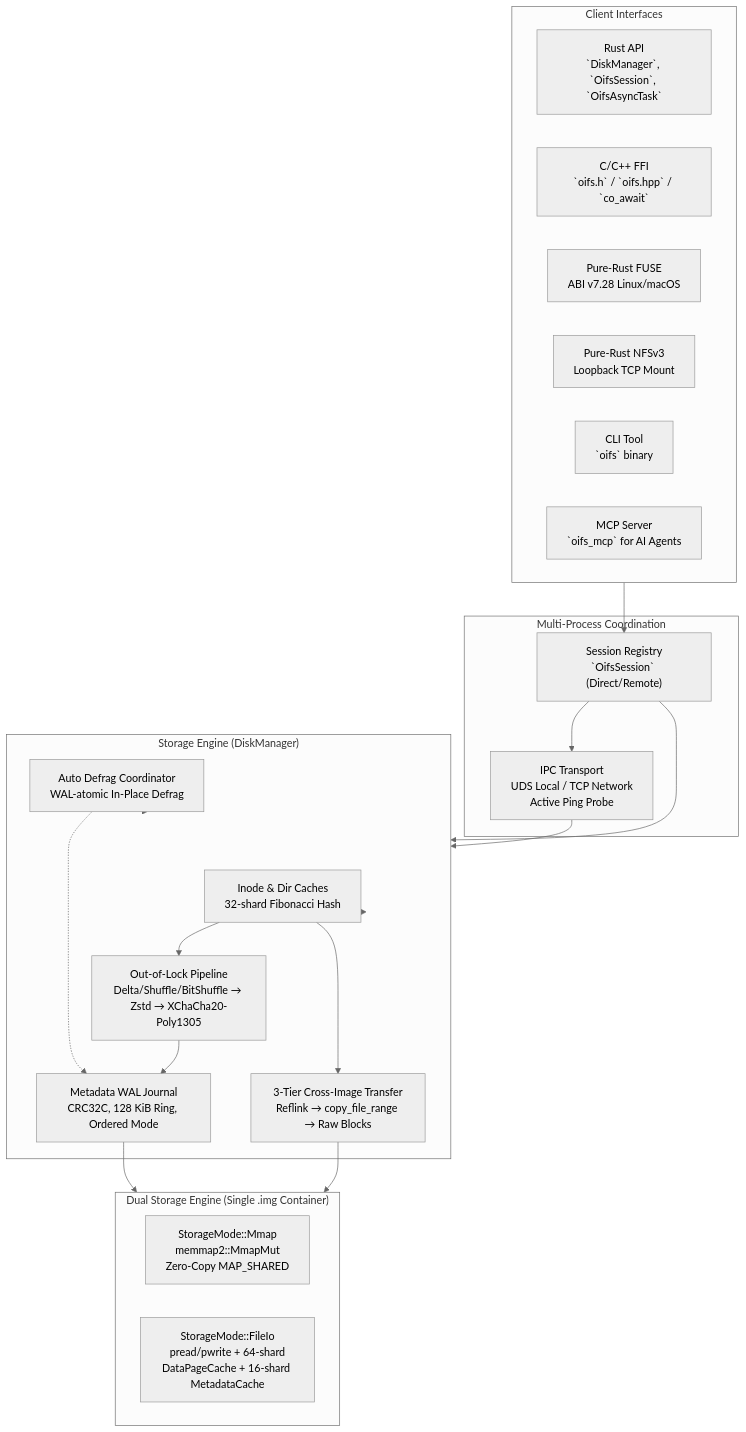
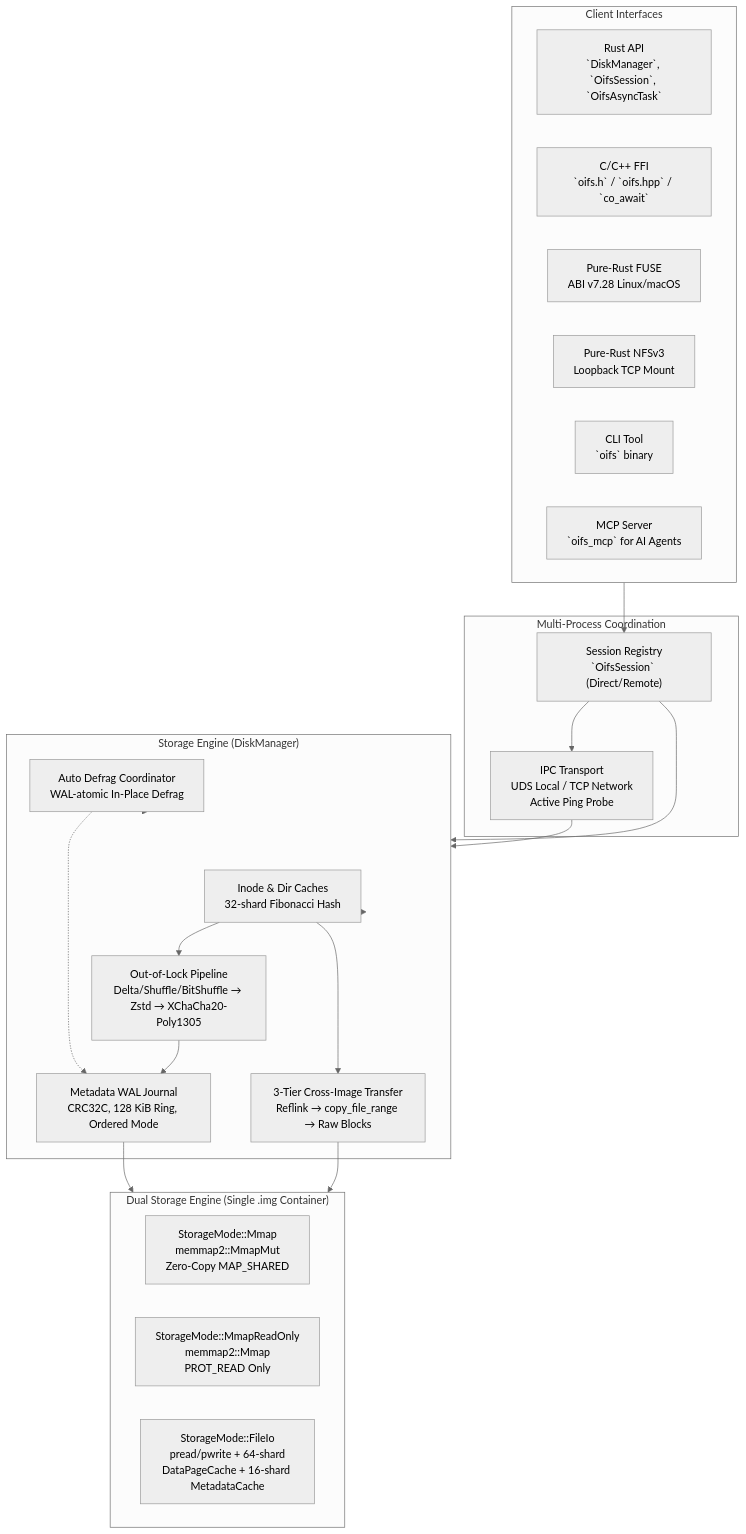
Before and after one commit to ych/oifs: the first of 4 diagrams in openwiki/architecture/overview.md, drawn with Mermaid (neutral theme). The commit also changed other lines of this file and 55 other files, not shown here.

````diff
--- a/openwiki/architecture/overview.md
+++ b/openwiki/architecture/overview.md
@@ -46,42 +46,43 @@
 ```mermaid
 flowchart TB
     subgraph Clients["Client Interfaces"]
         RustAPI["Rust API<br/>`DiskManager`, `OifsSession`, `OifsAsyncTask`"]
         CFFI["C/C++ FFI<br/>`oifs.h` / `oifs.hpp` / `co_await`"]
         FUSE["Pure-Rust FUSE<br/>ABI v7.28 Linux/macOS"]
         NFS["Pure-Rust NFSv3<br/>Loopback TCP Mount"]
         CLI["CLI Tool<br/>`oifs` binary"]
         MCP["MCP Server<br/>`oifs_mcp` for AI Agents"]
     end
 
     subgraph Coordination["Multi-Process Coordination"]
         Session["Session Registry<br/>`OifsSession` (Direct/Remote)"]
         IPC["IPC Transport<br/>UDS Local / TCP Network<br/>Active Ping Probe"]
     end
 
     subgraph Engine["Storage Engine (DiskManager)"]
         Cache["Inode & Dir Caches<br/>32-shard Fibonacci Hash"]
         Pipeline["Out-of-Lock Pipeline<br/>Delta/Shuffle/BitShuffle → Zstd → XChaCha20-Poly1305"]
         Transfer["3-Tier Cross-Image Transfer<br/>Reflink → copy_file_range → Raw Blocks"]
         WAL["Metadata WAL Journal<br/>CRC32C, 128 KiB Ring, Ordered Mode"]
         Defrag["Auto Defrag Coordinator<br/>WAL-atomic In-Place Defrag"]
     end
 
     subgraph Storage["Dual Storage Engine (Single .img Container)"]
         Mmap["StorageMode::Mmap<br/>memmap2::MmapMut<br/>Zero-Copy MAP_SHARED"]
+        MmapRO["StorageMode::MmapReadOnly<br/>memmap2::Mmap<br/>PROT_READ Only"]
         FileIo["StorageMode::FileIo<br/>pread/pwrite + 64-shard<br/>DataPageCache + 16-shard MetadataCache"]
     end
 
     Clients --> Session
     Session --> IPC
     Session --> Engine
     IPC --> Engine
     Engine --> Cache
     Cache --> Pipeline
     Cache --> Transfer
     Pipeline --> WAL
     WAL --> Storage
     Transfer --> Storage
     Defrag -.-> WAL
     Defrag -.-> Engine
 ```
````
